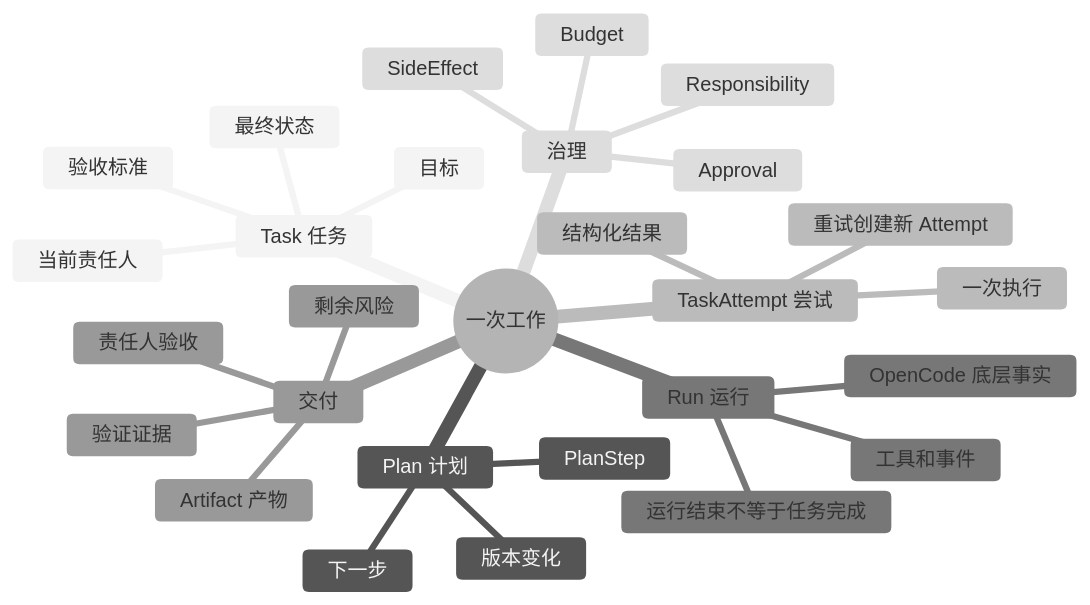
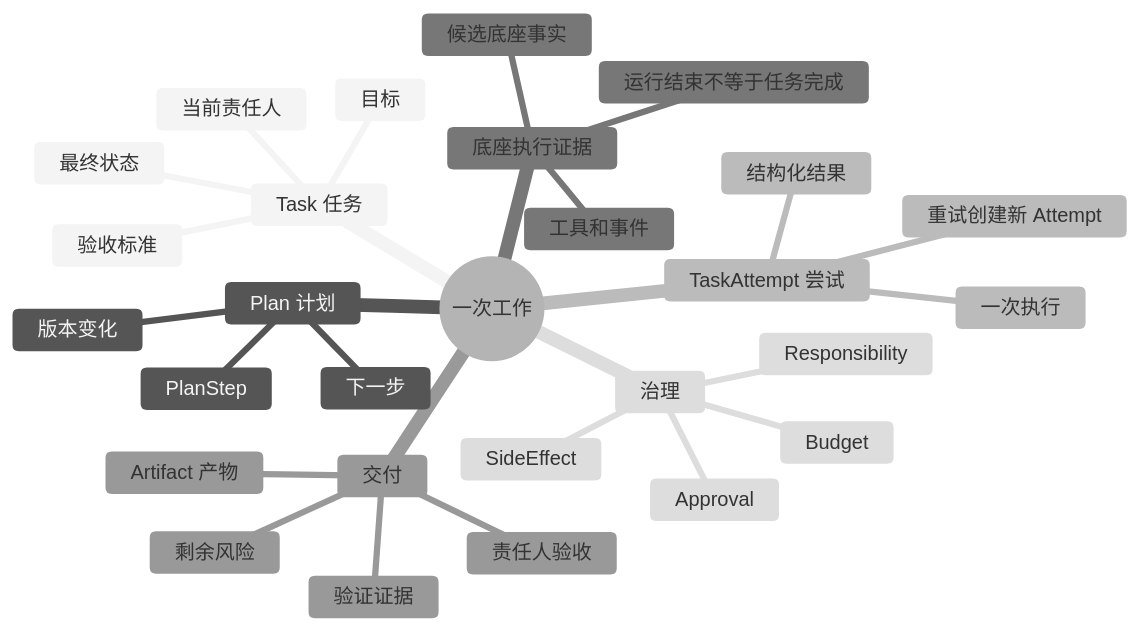
One commit to liu629711-spec/Magic changed the first of 6 diagrams in docs/01-产品/PRD-04-任务执行与治理.md. Above: the diagram before and after it, drawn with Mermaid (neutral theme). The commit also changed other lines of this file and 199 other files, not shown here.

````diff
--- a/docs/01-产品/PRD-04-任务执行与治理.md
+++ b/docs/01-产品/PRD-04-任务执行与治理.md
@@ -17,31 +17,31 @@
 ```mermaid
 mindmap
   root((一次工作))
     Task 任务
       目标
       当前责任人
       验收标准
       最终状态
     Plan 计划
       PlanStep
       下一步
       版本变化
     TaskAttempt 尝试
       一次执行
       重试创建新 Attempt
       结构化结果
-    Run 运行
-      OpenCode 底层事实
+    底座执行证据
+      候选底座事实
       工具和事件
       运行结束不等于任务完成
     交付
       Artifact 产物
       验证证据
       剩余风险
       责任人验收
     治理
       Approval
       Budget
       SideEffect
       Responsibility
 ```
````
